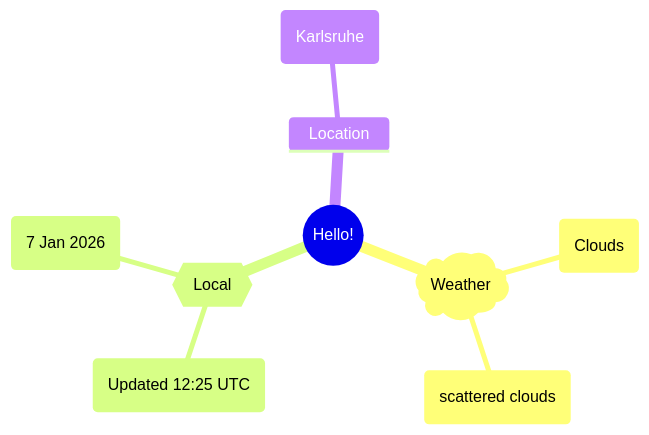
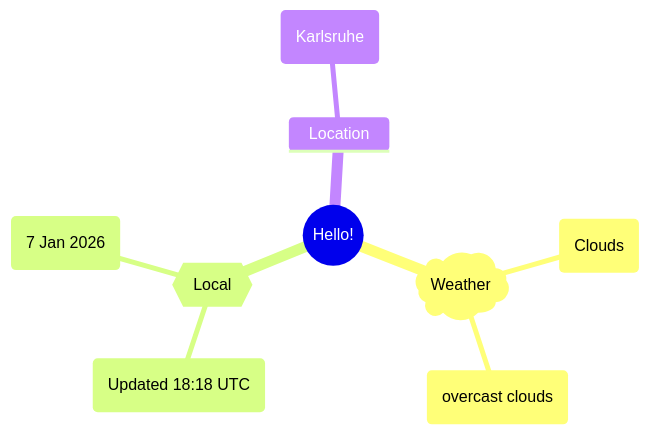
Before and after one commit to Xosrov/Xosrov: the first of 2 diagrams in README.md, drawn with Mermaid.

Commit message:
[bot] updated images

````diff
--- a/README.md
+++ b/README.md
@@ -3,12 +3,12 @@
 ```mermaid
 mindmap
   root((Hello!))
     )Weather(
         (Clouds)
-        (scattered clouds)
+        (overcast clouds)
     {{Local}}
-        (Updated 12:25 UTC)
+        (Updated 18:18 UTC)
         (7 Jan 2026)
     Location
         (Karlsruhe)
 ```
````
